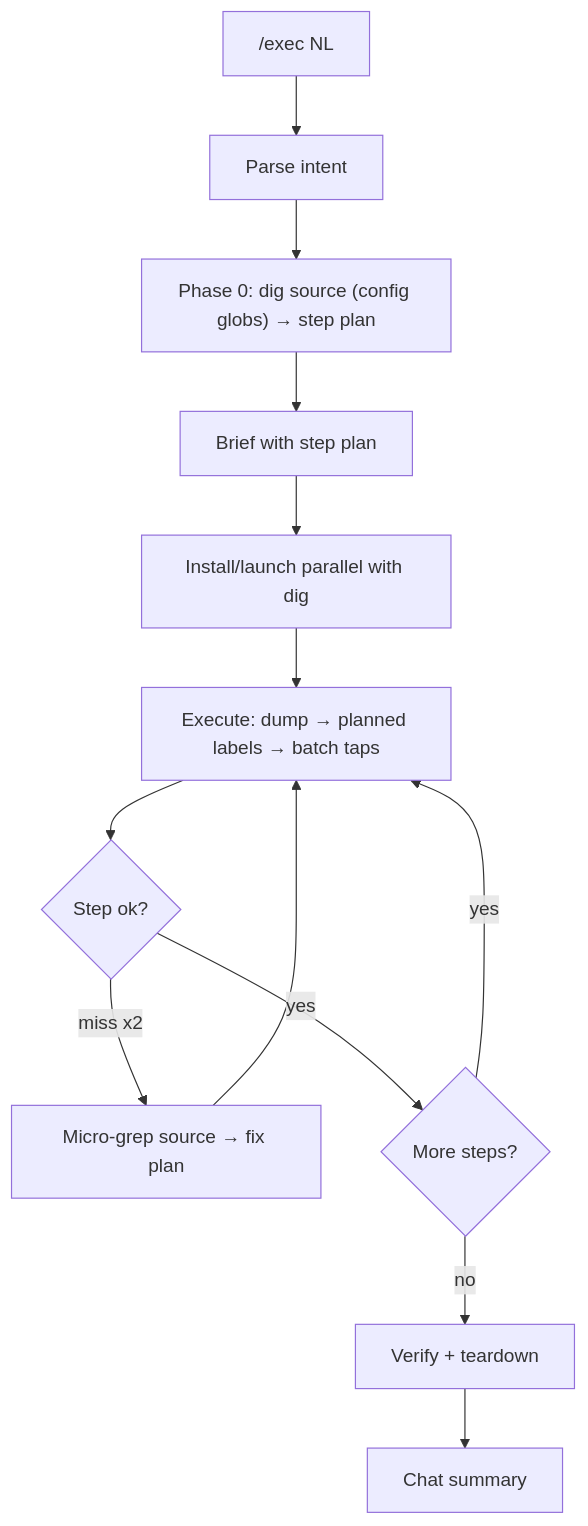
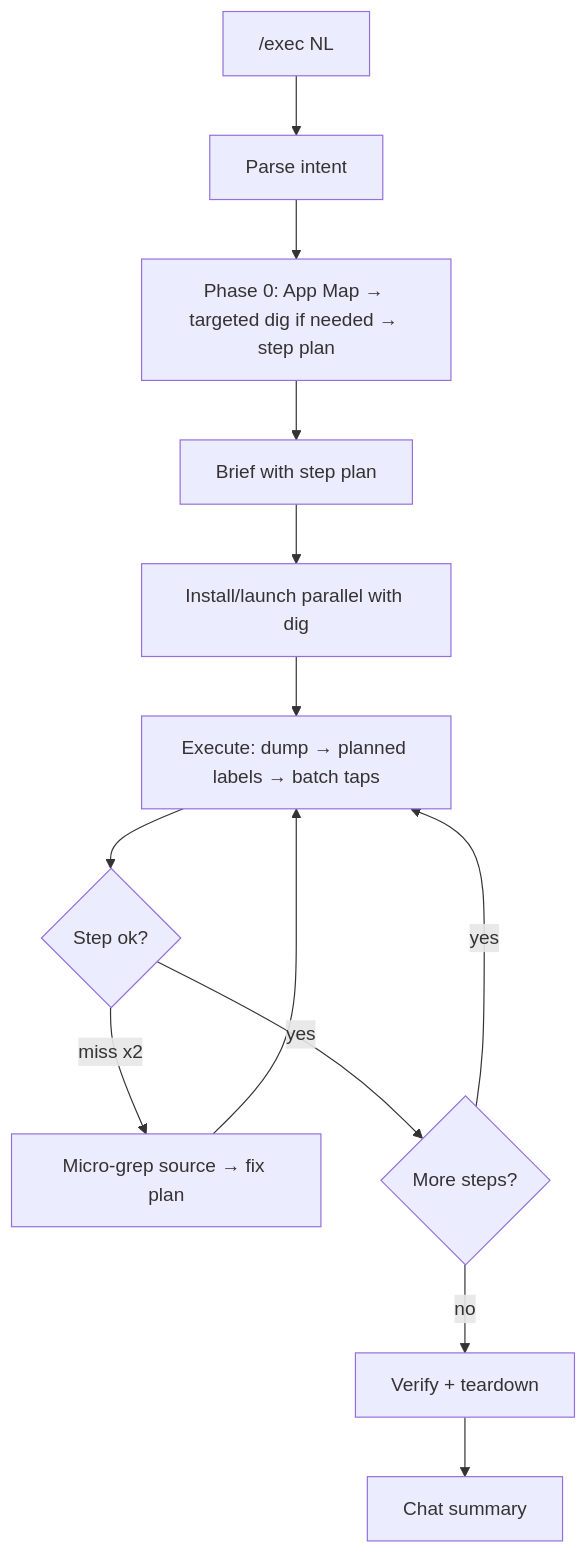
One commit to amirghm/tapwright changed the diagram in pack/workflows/exec.md. Above: the diagram before and after it, drawn with Mermaid. The commit also changed other lines of this file and 18 other files, not shown here.

````diff
--- a/pack/workflows/exec.md
+++ b/pack/workflows/exec.md
@@ -151,15 +158,15 @@
 ```mermaid
 flowchart TD
     A["/exec NL"] --> B[Parse intent]
-    B --> C["Phase 0: dig source (config globs) → step plan"]
+    B --> C["Phase 0: App Map → targeted dig if needed → step plan"]
     C --> D[Brief with step plan]
     D --> E[Install/launch parallel with dig]
     E --> F["Execute: dump → planned labels → batch taps"]
     F --> G{Step ok?}
     G -->|miss x2| H[Micro-grep source → fix plan]
     H --> F
     G -->|yes| I{More steps?}
     I -->|yes| F
     I -->|no| J[Verify + teardown]
     J --> K[Chat summary]
 ```
````
